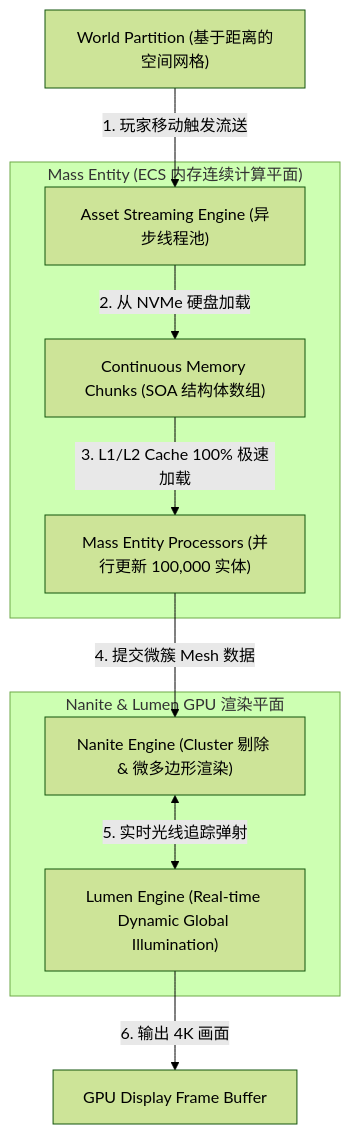
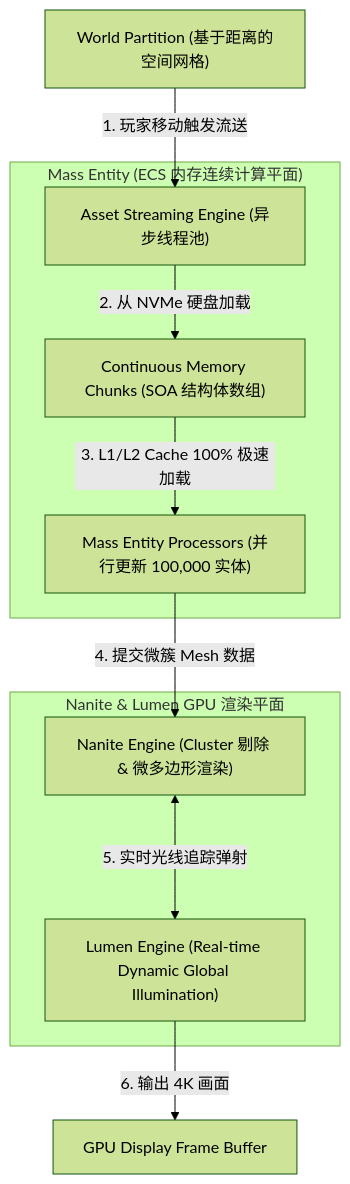
Before and after one commit to koosai/AI-Architect-Learning: the first of 6 diagrams in docs/atlas/unreal-engine.mdx, drawn with Mermaid (forest theme). The commit also changed other lines of this file and 68 other files, not shown here.

Commit message:
fix(atlas): fix browser client-side Mermaid rendering for mindmaps and flowcharts across 67 case studies

````diff
--- a/docs/atlas/unreal-engine.mdx
+++ b/docs/atlas/unreal-engine.mdx
@@ -48,16 +48,16 @@
 ```mermaid
 graph TD
   WorldGrid["World Partition (基于距离的空间网格)"] -->|1. 玩家移动触发流送| AssetStreamer["Asset Streaming Engine (异步线程池)"]
   
   subgraph MemoryAndCPUEngine["Mass Entity (ECS 内存连续计算平面)"]
     AssetStreamer -->|2. 从 NVMe 硬盘加载| SOAChunk["Continuous Memory Chunks (SOA 结构体数组)"]
     SOAChunk -->|3. L1/L2 Cache 100% 极速加载| MassProcessor["Mass Entity Processors (并行更新 100,000 实体)"]
   end
   
   subgraph GPURenderingPipeline["Nanite & Lumen GPU 渲染平面"]
     MassProcessor -->|4. 提交微簇 Mesh 数据| NaniteEngine["Nanite Engine (Cluster 剔除 & 微多边形渲染)"]
-    NaniteEngine <-->|5. 实时光线追踪弹射| LumenGI["Lumen Engine (Real-time Dynamic Global Illumination)"]
+    NaniteEngine <--->|5. 实时光线追踪弹射| LumenGI["Lumen Engine (Real-time Dynamic Global Illumination)"]
   end
 
   LumenGI -->|6. 输出 4K 画面| FrameBuffer["GPU Display Frame Buffer"]
 ```
````
